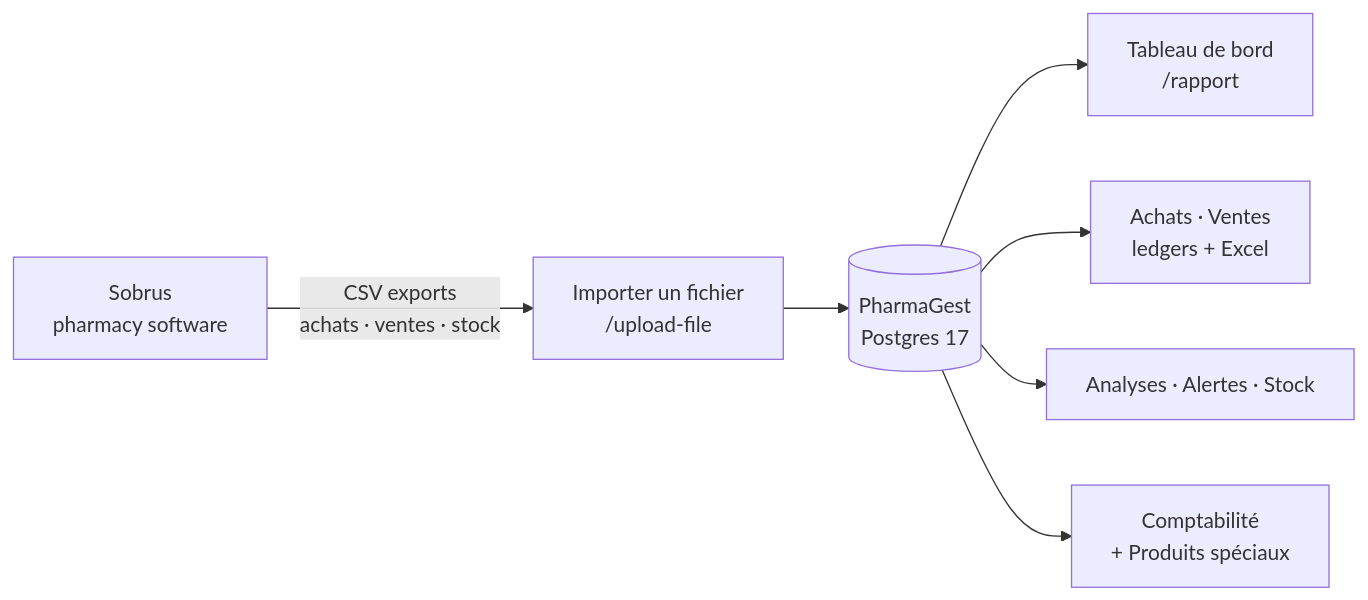
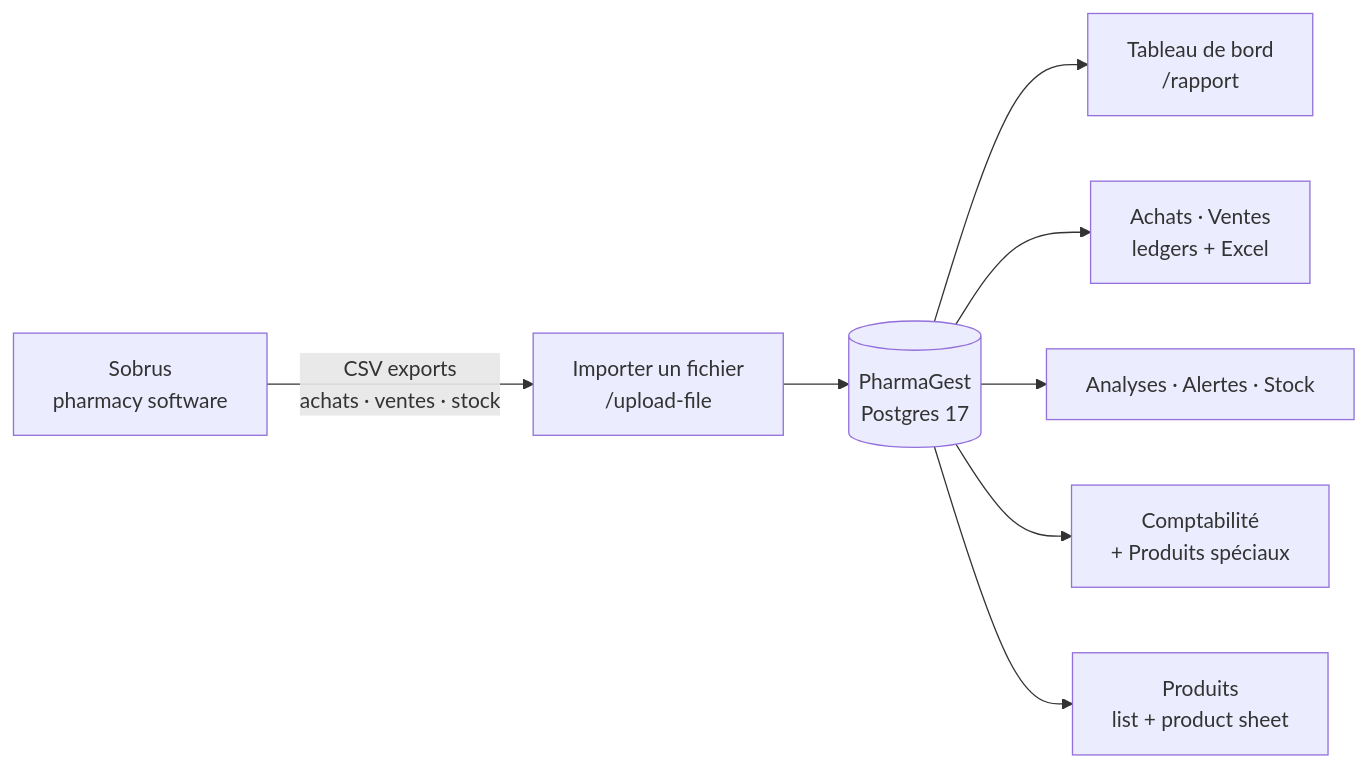
Before and after one commit to ura-computing/ura-posix: the first of 18 diagrams in README.md, drawn with Mermaid. The commit also changed other lines of this file and 1 other file, not shown here.

Commit message:
docs: README — Produits module (pages, routes, data model, §7.8 rules + owner edits, migrations 0024-0027, spec 18); PLAN.md: module done

````diff
--- a/README.md
+++ b/README.md
@@ -35,9 +35,10 @@
 ```mermaid
 flowchart LR
   S["Sobrus<br/>pharmacy software"] -- "CSV exports<br/>achats · ventes · stock" --> U["Importer un fichier<br/>/upload-file"]
   U --> DB[("PharmaGest<br/>Postgres 17")]
   DB --> R["Tableau de bord<br/>/rapport"]
   DB --> L["Achats · Ventes<br/>ledgers + Excel"]
   DB --> A["Analyses · Alertes · Stock"]
   DB --> C["Comptabilité<br/>+ Produits spéciaux"]
+  DB --> P["Produits<br/>list + product sheet"]
 ```
````
